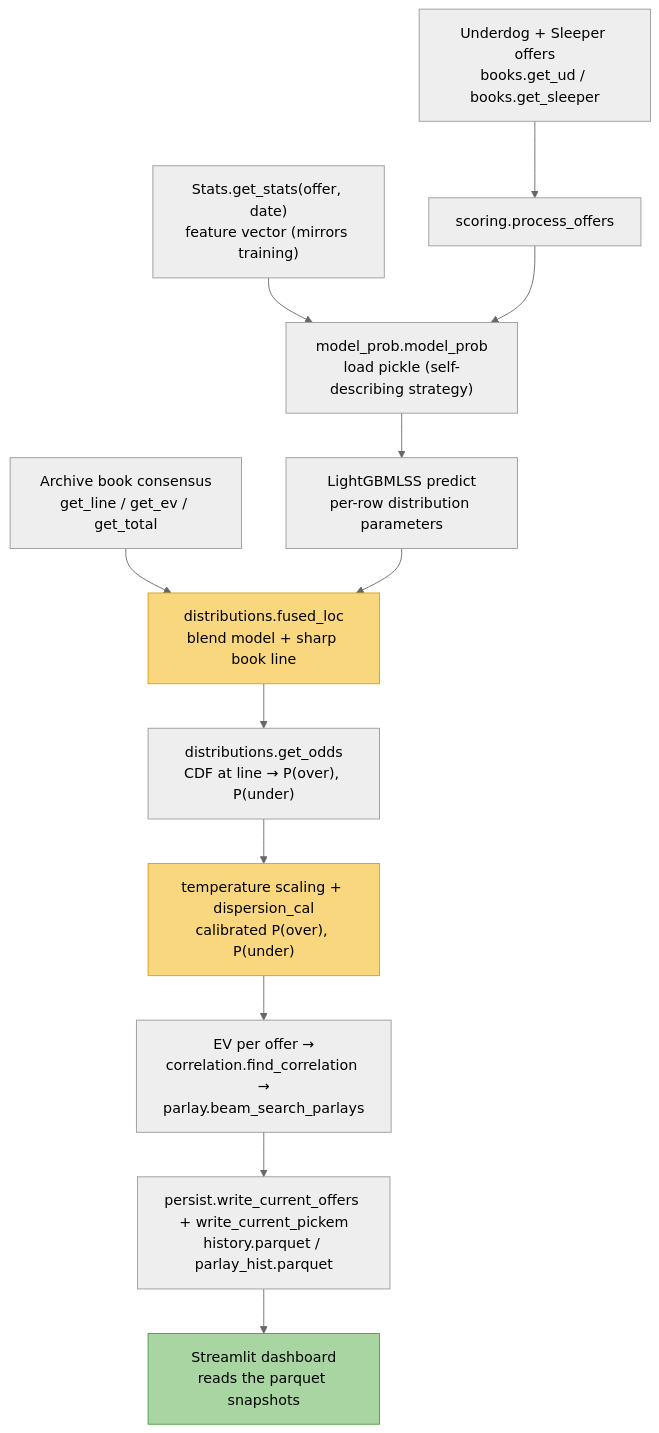
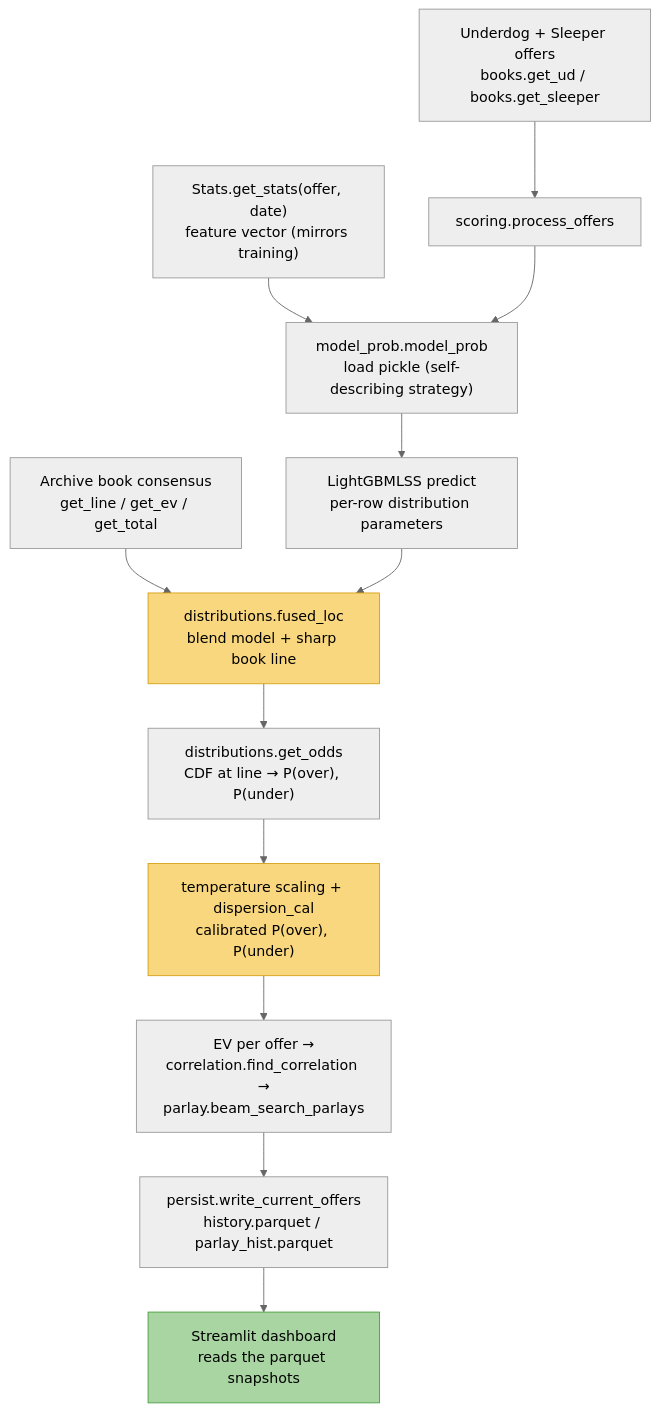
One commit to tjjerome/Sportstradamus changed the second of 2 diagrams in docs/pipeline_diagrams.md. Above: the diagram before and after it, drawn with Mermaid (neutral theme). The commit also changed 16 other files, not shown here.

````diff
--- a/docs/pipeline_diagrams.md
+++ b/docs/pipeline_diagrams.md
@@ -31,18 +31,18 @@
 ```mermaid
 flowchart TD
     A["Underdog + Sleeper offers<br/>books.get_ud / books.get_sleeper"] --> B["scoring.process_offers"]
     S["Stats.get_stats(offer, date)<br/>feature vector (mirrors training)"] --> C
     B --> C["model_prob.model_prob<br/>load pickle (self-describing strategy)"]
     C --> D["LightGBMLSS predict<br/>per-row distribution parameters"]
     AR["Archive book consensus<br/>get_line / get_ev / get_total"] --> E
     D --> E["distributions.fused_loc<br/>blend model + sharp book line"]
     E --> F["distributions.get_odds<br/>CDF at line → P(over), P(under)"]
     F --> G["temperature scaling + dispersion_cal<br/>calibrated P(over), P(under)"]
     G --> H["EV per offer →<br/>correlation.find_correlation →<br/>parlay.beam_search_parlays"]
-    H --> I["persist.write_current_offers + write_current_pickem<br/>history.parquet / parlay_hist.parquet"]
+    H --> I["persist.write_current_offers<br/>history.parquet / parlay_hist.parquet"]
     I --> J["Streamlit dashboard<br/>reads the parquet snapshots"]
 
     style E fill:#f9d77e,stroke:#d4a017
     style G fill:#f9d77e,stroke:#d4a017
     style J fill:#a8d5a2,stroke:#4a9e3f
 ```
````
